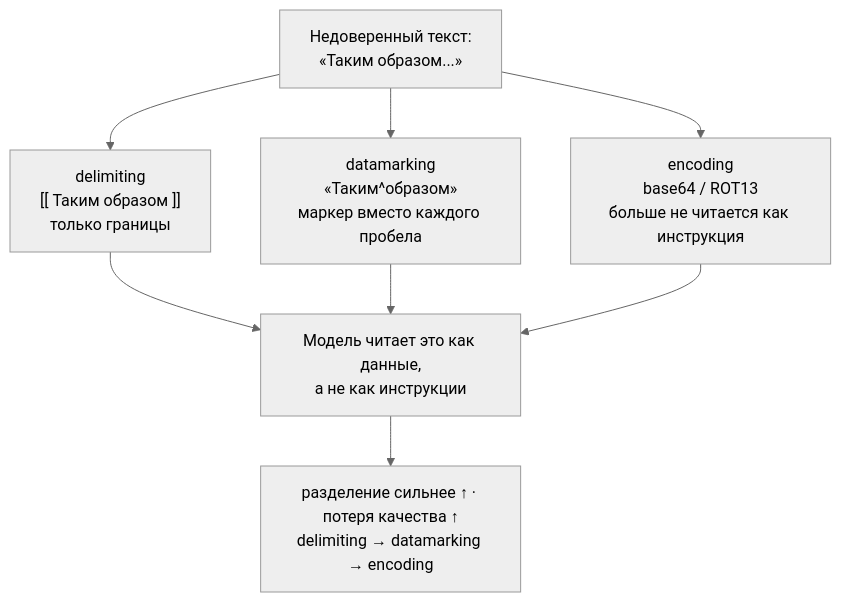
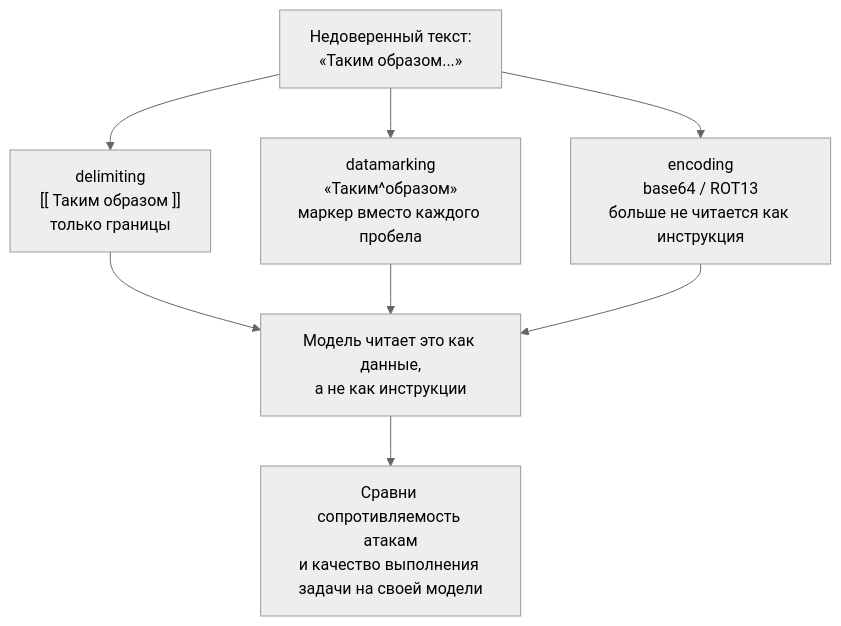
The diagram in i18n/ru/docusaurus-plugin-content-docs/current/part-1-rag/cross-cutting/guardrails/deep-dive.md (NikolaiSachok/ai-engineering-handbook), drawn with Mermaid (neutral theme) before and after one commit. The commit also changed other lines of this file and 94 other files, not shown here.

````diff
--- a/i18n/ru/docusaurus-plugin-content-docs/current/part-1-rag/cross-cutting/guardrails/deep-dive.md
+++ b/i18n/ru/docusaurus-plugin-content-docs/current/part-1-rag/cross-cutting/guardrails/deep-dive.md
@@ -59,10 +56,10 @@
 ```mermaid
 flowchart TB
     U["Недоверенный текст:<br/>«Таким образом...»"] --> D["delimiting<br/>[[ Таким образом ]]<br/>только границы"]
     U --> M["datamarking<br/>«Таким^образом»<br/>маркер вместо каждого пробела"]
     U --> E["encoding<br/>base64 / ROT13<br/>больше не читается как инструкция"]
     D --> R["Модель читает это как данные,<br/>а не как инструкции"]
     M --> R
     E --> R
-    R --> L["разделение сильнее ↑ · потеря качества ↑<br/>delimiting → datamarking → encoding"]
+    R --> L["Сравни сопротивляемость атакам<br/>и качество выполнения задачи на своей модели"]
 ```
````
